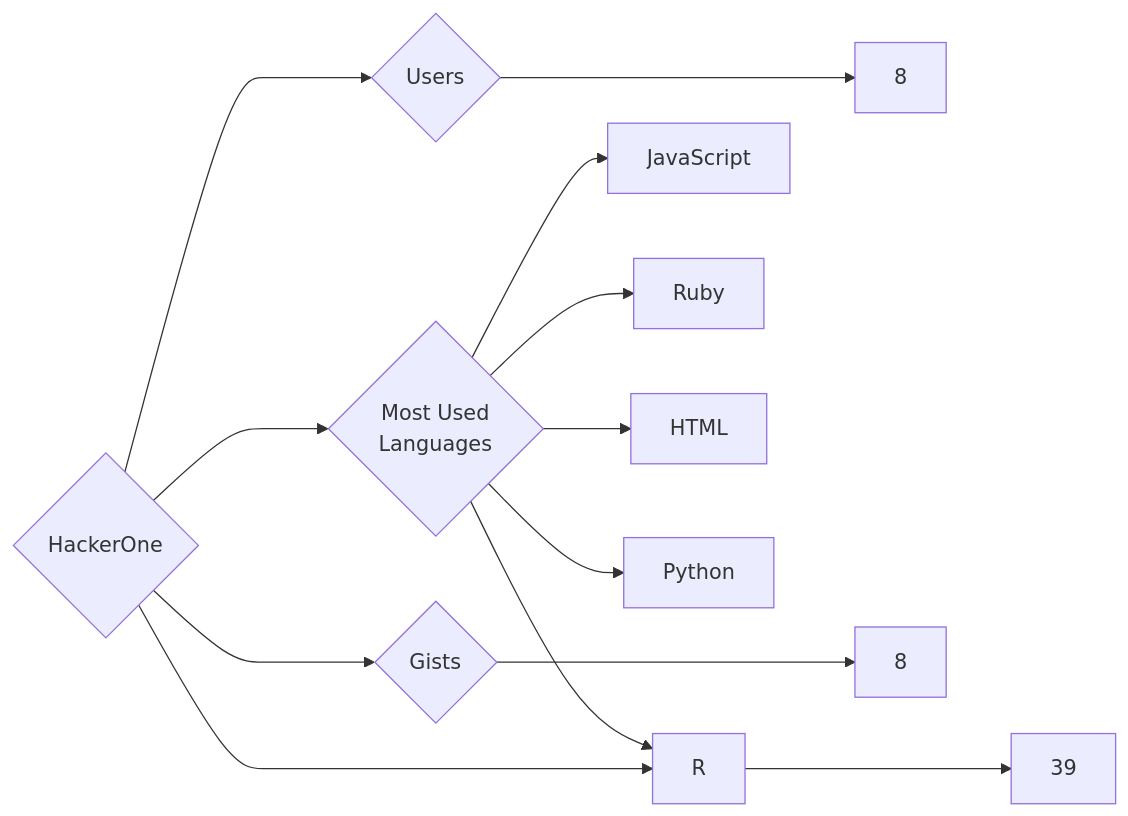
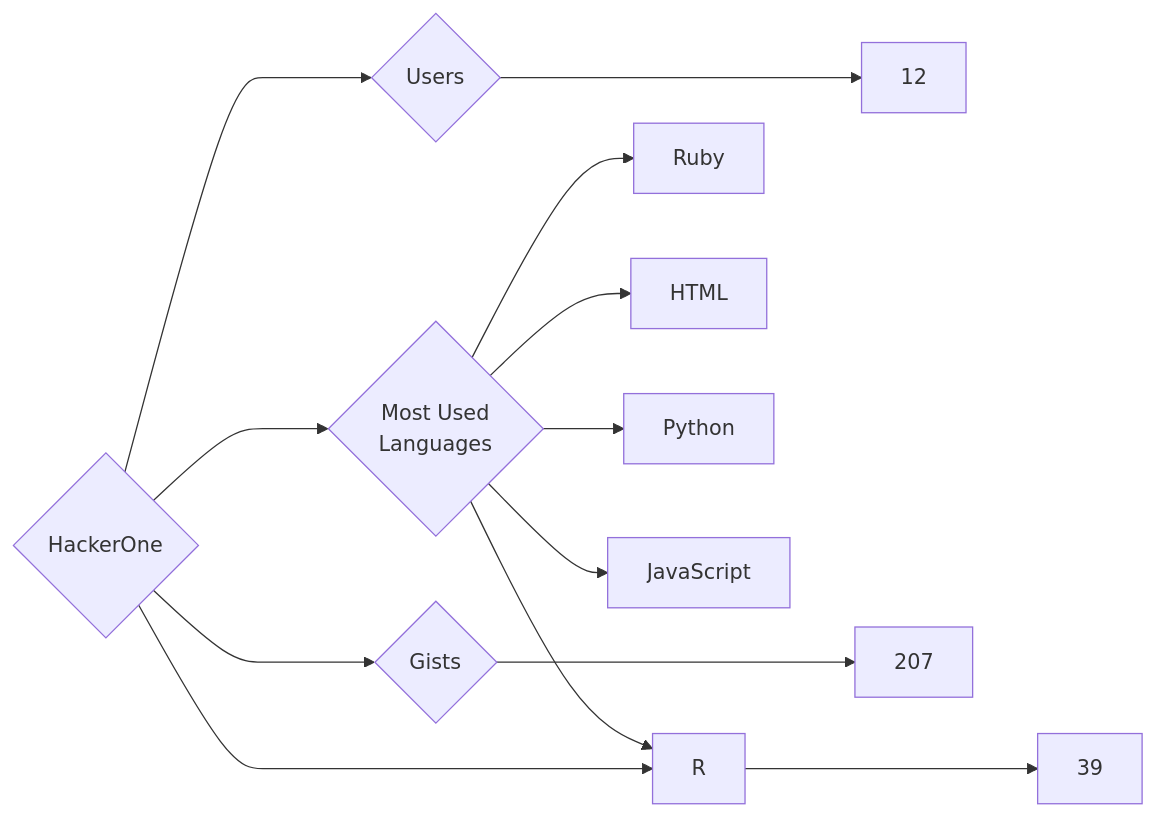
The diagram in targets/HackerOne/README.md (trickest/insiders), drawn with Mermaid before and after one commit. The commit also changed 1212 other files, not shown here.

````diff
--- a/targets/HackerOne/README.md
+++ b/targets/HackerOne/README.md
@@ -3,13 +3,13 @@
 ```mermaid
 graph LR
 COMPANY_NAME{HackerOne}
-COMPANY_NAME ---> U{Users} ---> UN[8]
+COMPANY_NAME ---> U{Users} ---> UN[12]
 COMPANY_NAME ---> R{Repositories} ---> RN[39]
-COMPANY_NAME ---> G{Gists} ---> GN[8]
+COMPANY_NAME ---> G{Gists} ---> GN[207]
 COMPANY_NAME ---> ML{Most Used<br>Languages}
-ML --> JavaScript[JavaScript]
 ML --> Ruby[Ruby]
 ML --> R[R]
 ML --> HTML[HTML]
 ML --> Python[Python]
+ML --> JavaScript[JavaScript]
 ```
````
